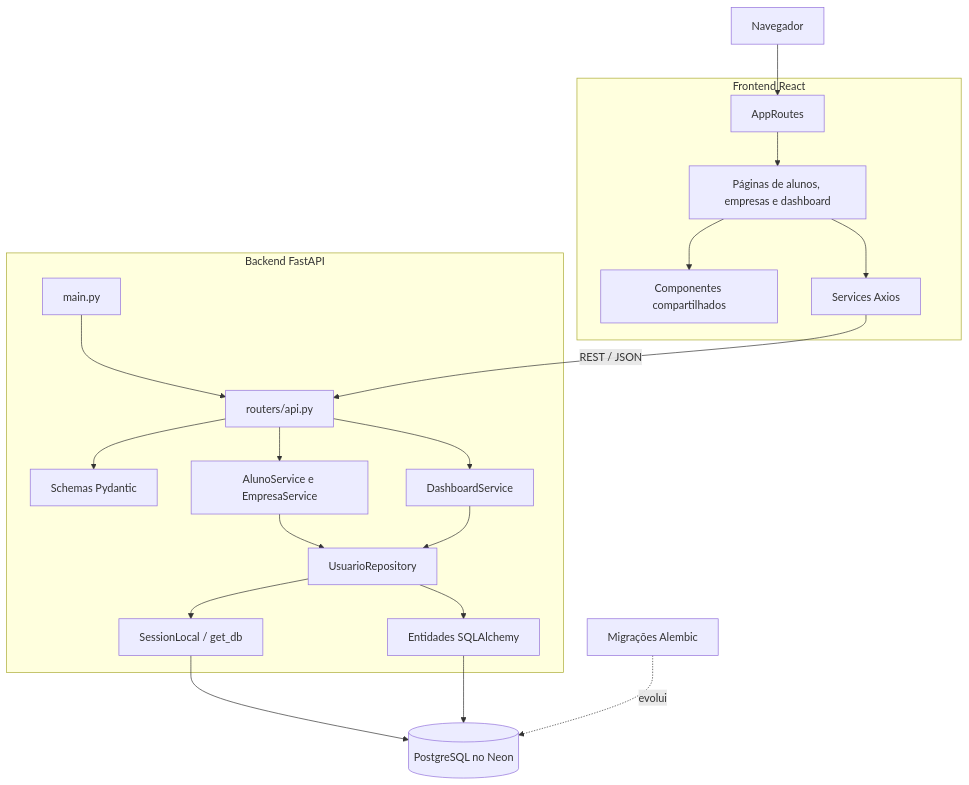
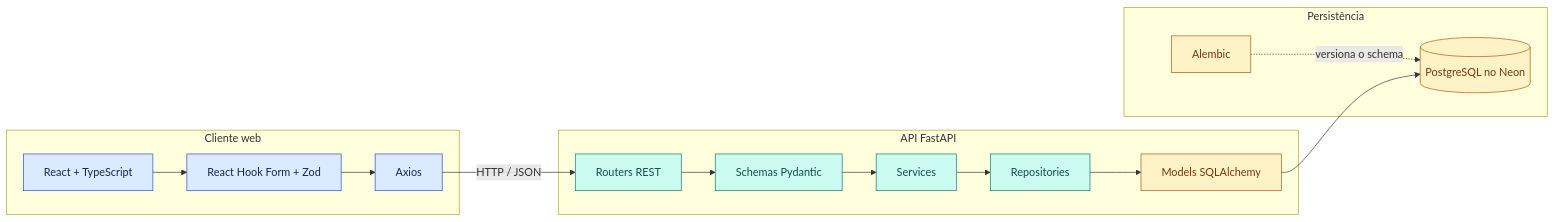
The diagram in docs/componentes.mmd (gusLeonardi/moeda-estudantil), drawn with Mermaid before and after one commit. The commit also changed 21 other files, not shown here.

Commit message:
docs: update Sprint 3 UML diagrams and documentation

```diff
--- a/docs/componentes.mmd
+++ b/docs/componentes.mmd
@@ -1,41 +1,36 @@
-%% Conquista — Componentes da Sprint 3
-flowchart TB
-  Browser[Navegador]
-
-  subgraph Frontend[Frontend React]
-    Routes[AppRoutes]
-    Pages[Páginas de alunos, empresas e dashboard]
-    Components[Componentes compartilhados]
-    Clients[Services Axios]
-    Routes --> Pages
-    Pages --> Components
-    Pages --> Clients
+%% Conquista — Arquitetura em camadas
+flowchart LR
+  subgraph Cliente[Cliente web]
+    UI[React + TypeScript]
+    Forms[React Hook Form + Zod]
+    HTTP[Axios]
+    UI --> Forms --> HTTP
   end
 
-  subgraph Backend[Backend FastAPI]
-    Main[main.py]
-    Routers[routers/api.py]
-    Pydantic[Schemas Pydantic]
-    Crud[AlunoService e EmpresaService]
-    Dashboard[DashboardService]
-    Repo[UsuarioRepository]
-    Entities[Entidades SQLAlchemy]
-    Session[SessionLocal / get_db]
-    Main --> Routers
-    Routers --> Pydantic
-    Routers --> Crud
-    Routers --> Dashboard
-    Crud --> Repo
-    Dashboard --> Repo
-    Repo --> Entities
-    Repo --> Session
+  subgraph API[API FastAPI]
+    Router[Routers REST]
+    Schema[Schemas Pydantic]
+    Service[Services]
+    Repository[Repositories]
+    ORM[Models SQLAlchemy]
+    Router --> Schema
+    Schema --> Service
+    Service --> Repository
+    Repository --> ORM
   end
 
-  Database[(PostgreSQL no Neon)]
-  Migrations[Migrações Alembic]
+  subgraph Dados[Persistência]
+    PostgreSQL[(PostgreSQL no Neon)]
+    Alembic[Alembic]
+    Alembic -. versiona o schema .-> PostgreSQL
+  end
 
-  Browser --> Routes
-  Clients -- REST / JSON --> Routers
-  Session --> Database
-  Entities --> Database
-  Migrations -. evolui .-> Database
+  HTTP -- HTTP / JSON --> Router
+  ORM --> PostgreSQL
+
+  classDef presentation fill:#dbeafe,stroke:#1d4ed8,color:#172554
+  classDef application fill:#ccfbf1,stroke:#0f766e,color:#134e4a
+  classDef persistence fill:#fef3c7,stroke:#b45309,color:#78350f
+  class UI,Forms,HTTP presentation
+  class Router,Schema,Service,Repository application
+  class ORM,PostgreSQL,Alembic persistence
```
